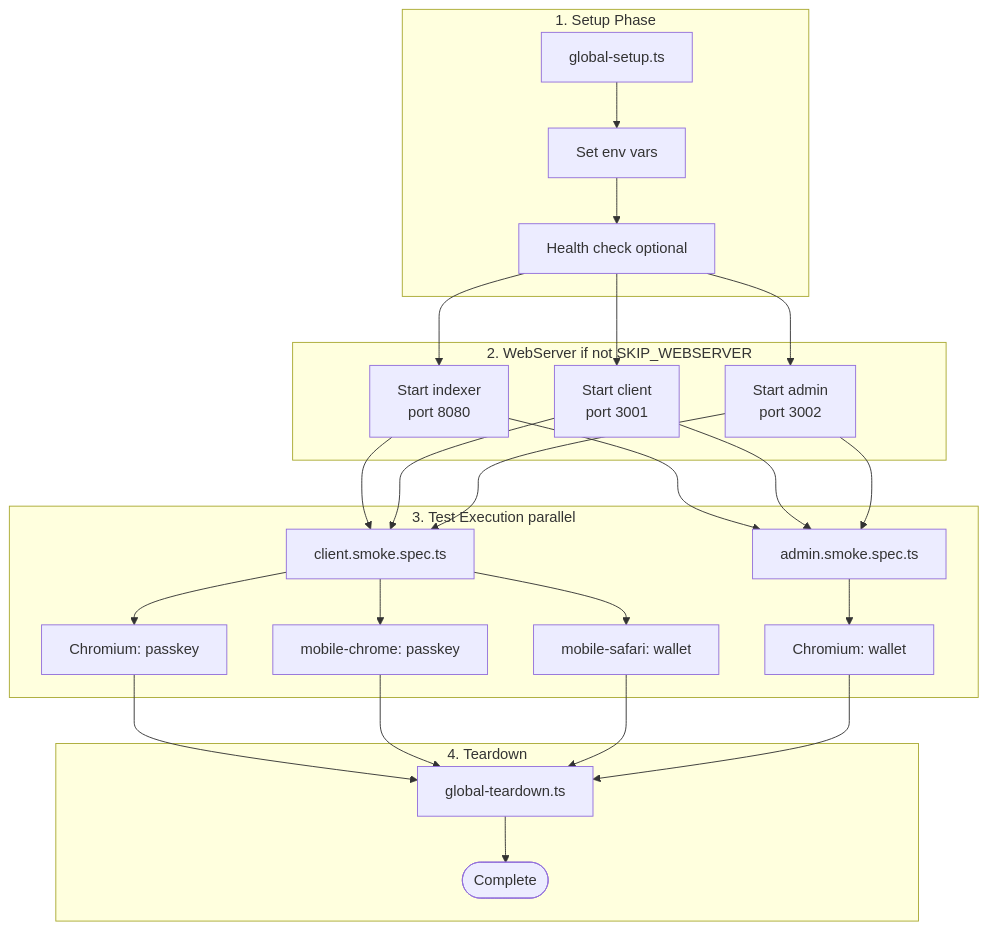
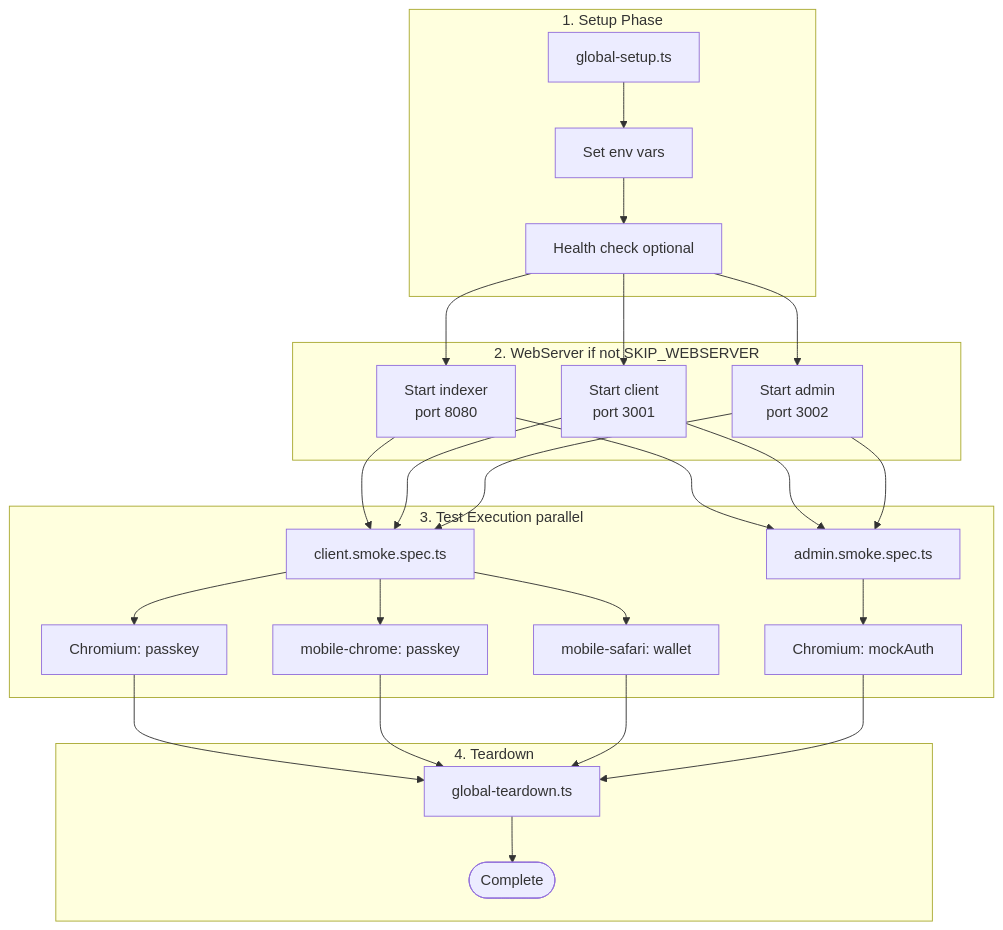
One commit to greenpill-dev-guild/green-goods changed the second of 2 diagrams in tests/ARCHITECTURE.md. Above: the diagram before and after it, drawn with Mermaid. The commit also changed other lines of this file and 145 other files, not shown here.

````diff
--- a/tests/ARCHITECTURE.md
+++ b/tests/ARCHITECTURE.md
@@ -160,27 +162,27 @@
 ```mermaid
 flowchart TD
   subgraph Setup["1. Setup Phase"]
     GS[global-setup.ts] --> ENV[Set env vars]
     ENV --> HC[Health check optional]
   end
 
   subgraph WebServer["2. WebServer if not SKIP_WEBSERVER"]
     HC --> IDX[Start indexer<br/>port 8080]
     HC --> CLI[Start client<br/>port 3001]
     HC --> ADM[Start admin<br/>port 3002]
   end
 
   subgraph Execution["3. Test Execution parallel"]
     IDX & CLI & ADM --> CS[client.smoke.spec.ts]
     IDX & CLI & ADM --> AS[admin.smoke.spec.ts]
     CS --> CH1[Chromium: passkey]
     CS --> MC[mobile-chrome: passkey]
     CS --> MS[mobile-safari: wallet]
-    AS --> CH2[Chromium: wallet]
+    AS --> CH2[Chromium: mockAuth]
   end
 
   subgraph Teardown["4. Teardown"]
     CH1 & MC & MS & CH2 --> GT[global-teardown.ts]
     GT --> DONE([Complete])
   end
 ```
````
